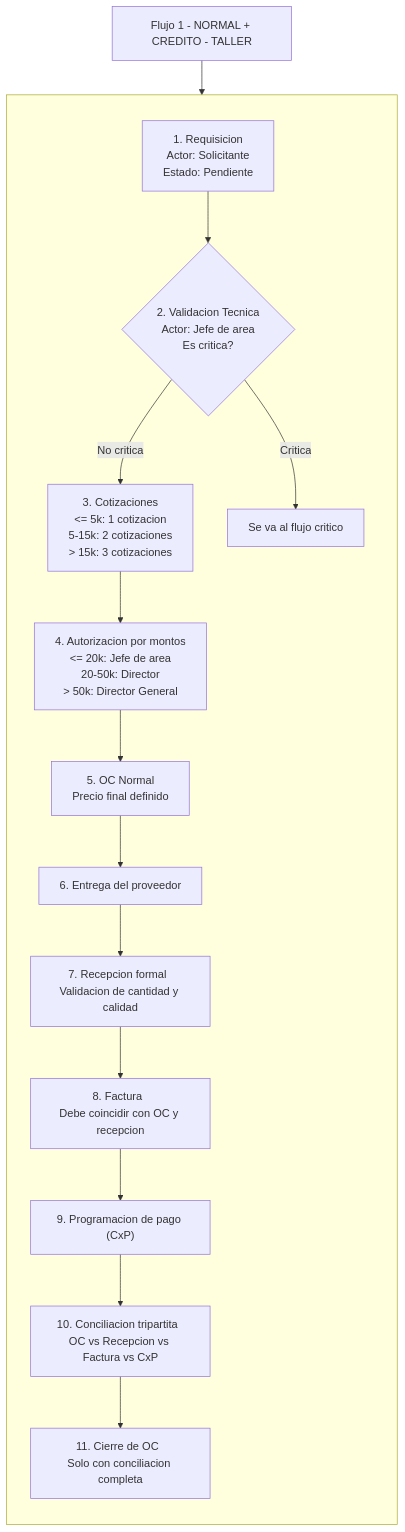
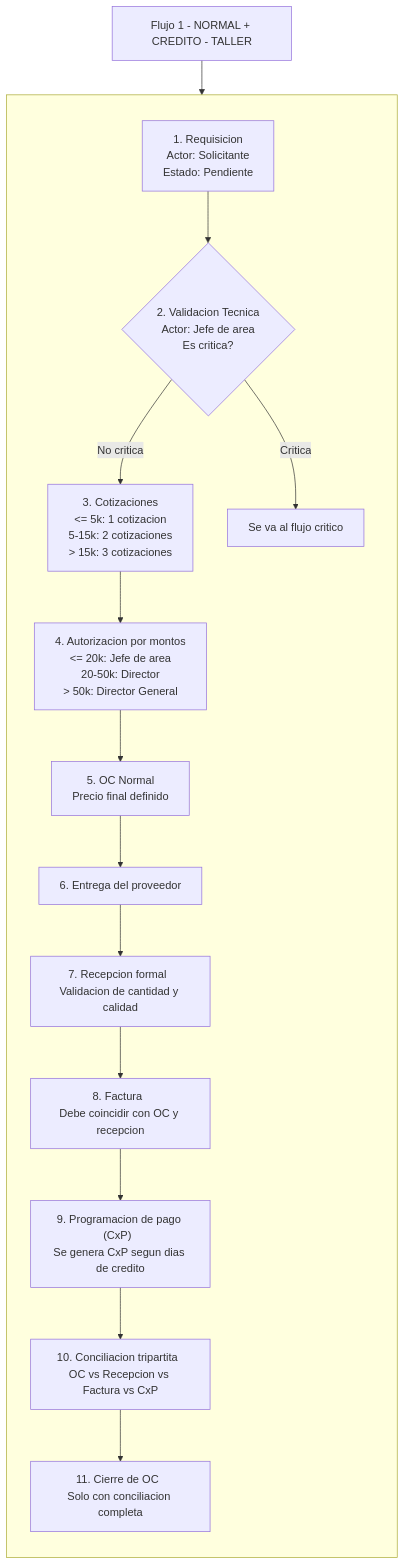
The diagram in Diagramas/FLUJO #1 — NORMAL + CRÉDITO — TALLER.md (Joaquin1987/ERP-comaqsa), drawn with Mermaid before and after one commit. The commit also changed other lines of this file, not shown here.

````diff
--- a/Diagramas/FLUJO #1 — NORMAL + CRÉDITO — TALLER.md
+++ b/Diagramas/FLUJO #1 — NORMAL + CRÉDITO — TALLER.md
@@ -1,62 +69,63 @@
 ```mermaid
 flowchart TD
 
 T["Flujo 1 - NORMAL + CREDITO - TALLER"]
 
 subgraph F1[" "]
 direction TB
 
 R1["1. Requisicion  
 Actor: Solicitante  
 Estado: Pendiente"]
 
 R2{"2. Validacion Tecnica  
 Actor: Jefe de area  
 Es critica?"}
 
 Rcrit["Se va al flujo critico"]
 
 R3["3. Cotizaciones  
 <= 5k: 1 cotizacion  
 5-15k: 2 cotizaciones  
 > 15k: 3 cotizaciones"]
 
 R4["4. Autorizacion por montos  
 <= 20k: Jefe de area  
 20-50k: Director  
 > 50k: Director General"]
 
 R5["5. OC Normal  
 Precio final definido"]
 
 R6["6. Entrega del proveedor"]
 
 R7["7. Recepcion formal  
 Validacion de cantidad y calidad"]
 
 R8["8. Factura  
 Debe coincidir con OC y recepcion"]
 
-R9["9. Programacion de pago (CxP)"]
+R9["9. Programacion de pago (CxP)  
+Se genera CxP segun dias de credito"]
 
 R10["10. Conciliacion tripartita  
 OC vs Recepcion vs Factura vs CxP"]
 
 R11["11. Cierre de OC  
 Solo con conciliacion completa"]
 
 end
 
 T --> R1
 R1 --> R2
 R2 -->|No critica| R3
 R2 -->|Critica| Rcrit
 R3 --> R4
 R4 --> R5
 R5 --> R6
 R6 --> R7
 R7 --> R8
 R8 --> R9
 R9 --> R10
 R10 --> R11
 ```
````
